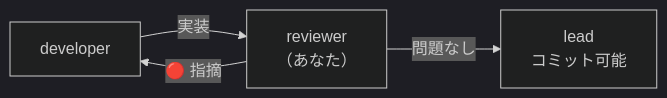
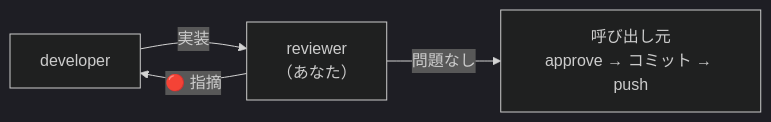
Before and after one commit to Harurow/chrome.ext.kabu-tantan: the diagram in .claude/agents/reviewer.md, drawn with Mermaid (dark theme). The commit also changed other lines of this file and 7 other files, not shown here.

````diff
--- a/.claude/agents/reviewer.md
+++ b/.claude/agents/reviewer.md
@@ -24,6 +25,6 @@
 ```mermaid
 flowchart LR
     D["developer"] -->|"実装"| R["reviewer<br/>（あなた）"]
     R -->|"🔴 指摘"| D
-    R -->|"問題なし"| L["lead<br/>コミット可能"]
+    R -->|"問題なし"| L["呼び出し元<br/>approve → コミット → push"]
 ```
````
